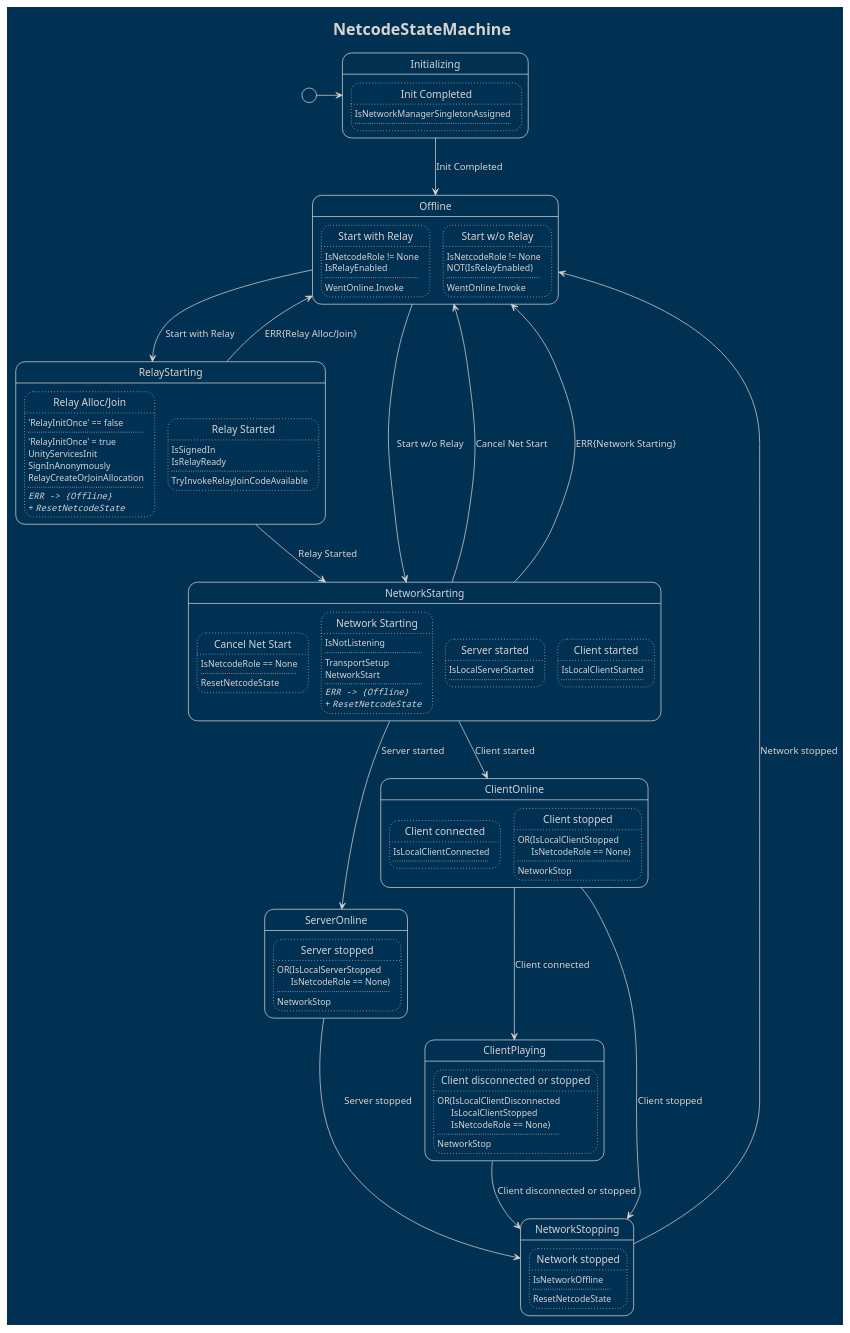
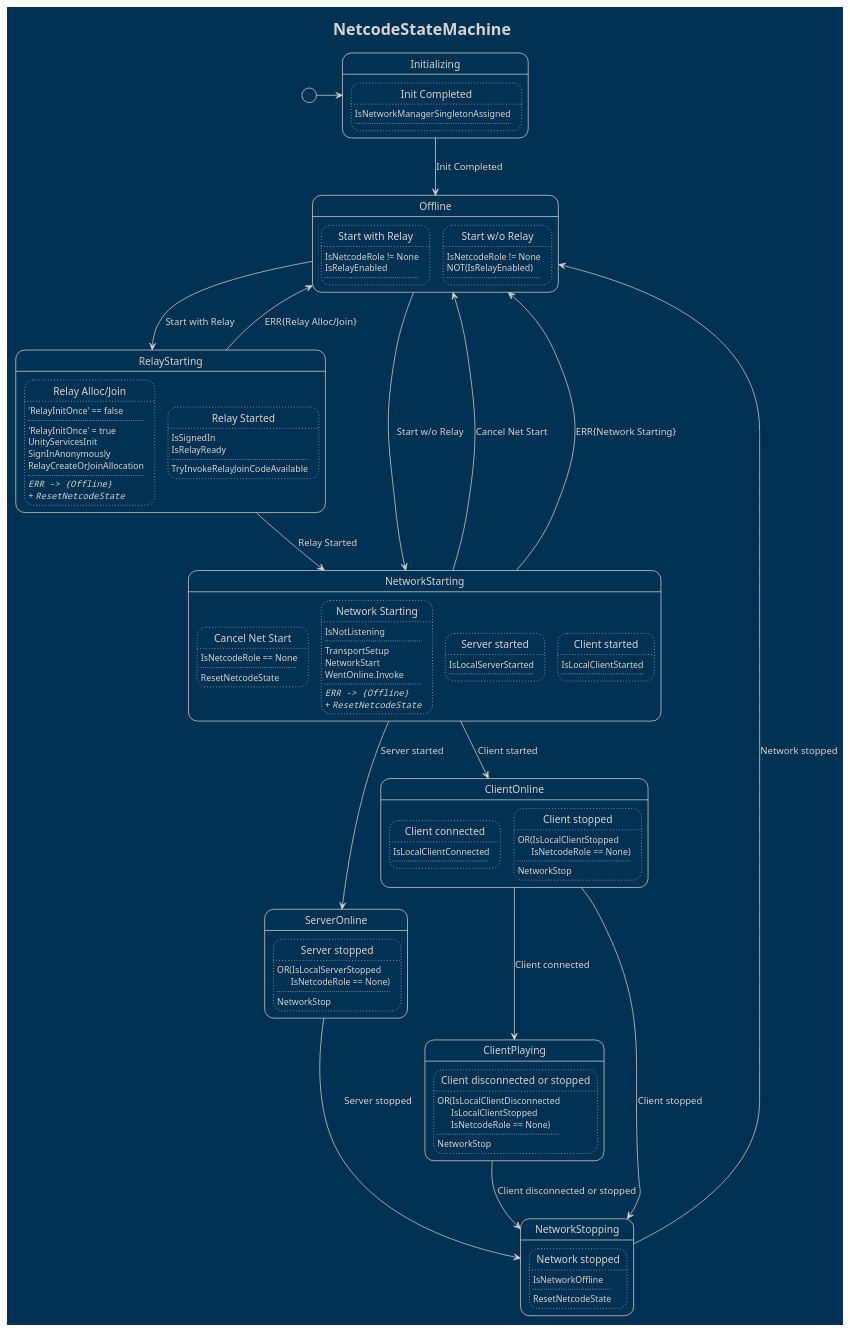
The diagram in PlantUML Diagrams/CodeSmile.MultiPal.Netcode.NetcodeState.puml (CodeSmile-0000011110110111/WriteBetterNetcode), drawn with PlantUML before and after one commit. The commit also changed 3 other files, not shown here.

```diff
--- a/PlantUML Diagrams/CodeSmile.MultiPal.Netcode.NetcodeState.puml
+++ b/PlantUML Diagrams/CodeSmile.MultiPal.Netcode.NetcodeState.puml
@@ -1,144 +1,143 @@
 @startuml
 
 !theme blueprint
 hide empty description
 
 title NetcodeStateMachine
 
 state "Initializing" as state0
 state state0 {
 	state "Init Completed" as state0_trans0
 	state state0_trans0 #line.dotted {
 		state0_trans0 : IsNetworkManagerSingletonAssigned
 		state0_trans0 : ....
 	}
 }
 state "Offline" as state1
 state state1 {
 	state "Start with Relay" as state1_trans0
 	state state1_trans0 #line.dotted {
 		state1_trans0 : IsNetcodeRole != None
 		state1_trans0 : IsRelayEnabled
 		state1_trans0 : ....
-		state1_trans0 : WentOnline.Invoke
 	}
 	state "Start w/o Relay" as state1_trans1
 	state state1_trans1 #line.dotted {
 		state1_trans1 : IsNetcodeRole != None
 		state1_trans1 : NOT(IsRelayEnabled)
 		state1_trans1 : ....
-		state1_trans1 : WentOnline.Invoke
 	}
 }
 state "RelayStarting" as state2
 state state2 {
 	state "Relay Alloc/Join" as state2_trans0
 	state state2_trans0 #line.dotted {
 		state2_trans0 : 'RelayInitOnce' == false
 		state2_trans0 : ....
 		state2_trans0 : 'RelayInitOnce' = true
 		state2_trans0 : UnityServicesInit
 		state2_trans0 : SignInAnonymously
 		state2_trans0 : RelayCreateOrJoinAllocation
 		state2_trans0 : ....
 		state2_trans0 : ==== ""ERR -> {Offline}""
 		state2_trans0 : ==== + ""ResetNetcodeState""
 	}
 	state "Relay Started" as state2_trans1
 	state state2_trans1 #line.dotted {
 		state2_trans1 : IsSignedIn
 		state2_trans1 : IsRelayReady
 		state2_trans1 : ....
 		state2_trans1 : TryInvokeRelayJoinCodeAvailable
 	}
 }
 state "NetworkStarting" as state3
 state state3 {
 	state "Cancel Net Start" as state3_trans0
 	state state3_trans0 #line.dotted {
 		state3_trans0 : IsNetcodeRole == None
 		state3_trans0 : ....
 		state3_trans0 : ResetNetcodeState
 	}
 	state "Network Starting" as state3_trans1
 	state state3_trans1 #line.dotted {
 		state3_trans1 : IsNotListening
 		state3_trans1 : ....
 		state3_trans1 : TransportSetup
 		state3_trans1 : NetworkStart
+		state3_trans1 : WentOnline.Invoke
 		state3_trans1 : ....
 		state3_trans1 : ==== ""ERR -> {Offline}""
 		state3_trans1 : ==== + ""ResetNetcodeState""
 	}
 	state "Server started" as state3_trans2
 	state state3_trans2 #line.dotted {
 		state3_trans2 : IsLocalServerStarted
 		state3_trans2 : ....
 	}
 	state "Client started" as state3_trans3
 	state state3_trans3 #line.dotted {
 		state3_trans3 : IsLocalClientStarted
 		state3_trans3 : ....
 	}
 }
 state "ServerOnline" as state4
 state state4 {
 	state "Server stopped" as state4_trans0
 	state state4_trans0 #line.dotted {
 		state4_trans0 : OR(IsLocalServerStopped\n      IsNetcodeRole == None)
 		state4_trans0 : ....
 		state4_trans0 : NetworkStop
 	}
 }
 state "ClientOnline" as state5
 state state5 {
 	state "Client connected" as state5_trans0
 	state state5_trans0 #line.dotted {
 		state5_trans0 : IsLocalClientConnected
 		state5_trans0 : ....
 	}
 	state "Client stopped" as state5_trans1
 	state state5_trans1 #line.dotted {
 		state5_trans1 : OR(IsLocalClientStopped\n      IsNetcodeRole == None)
 		state5_trans1 : ....
 		state5_trans1 : NetworkStop
 	}
 }
 state "ClientPlaying" as state6
 state state6 {
 	state "Client disconnected or stopped" as state6_trans0
 	state state6_trans0 #line.dotted {
 		state6_trans0 : OR(IsLocalClientDisconnected\n      IsLocalClientStopped\n      IsNetcodeRole == None)
 		state6_trans0 : ....
 		state6_trans0 : NetworkStop
 	}
 }
 state "NetworkStopping" as state7
 state state7 {
 	state "Network stopped" as state7_trans0
 	state state7_trans0 #line.dotted {
 		state7_trans0 : IsNetworkOffline
 		state7_trans0 : ....
 		state7_trans0 : ResetNetcodeState
 	}
 }
 
 
 [*] -> state0
 state0 --> state1 : Init Completed
 state1 --> state2 : Start with Relay
 state1 --> state3 : Start w/o Relay
 state2 --> state1 : ERR{Relay Alloc/Join}
 state2 --> state3 : Relay Started
 state3 --> state1 : Cancel Net Start
 state3 --> state1 : ERR{Network Starting}
 state3 --> state4 : Server started
 state3 --> state5 : Client started
 state4 --> state7 : Server stopped
 state5 --> state6 : Client connected
 state5 --> state7 : Client stopped
 state6 --> state7 : Client disconnected or stopped
 state7 --> state1 : Network stopped
 
 
 @enduml
```
